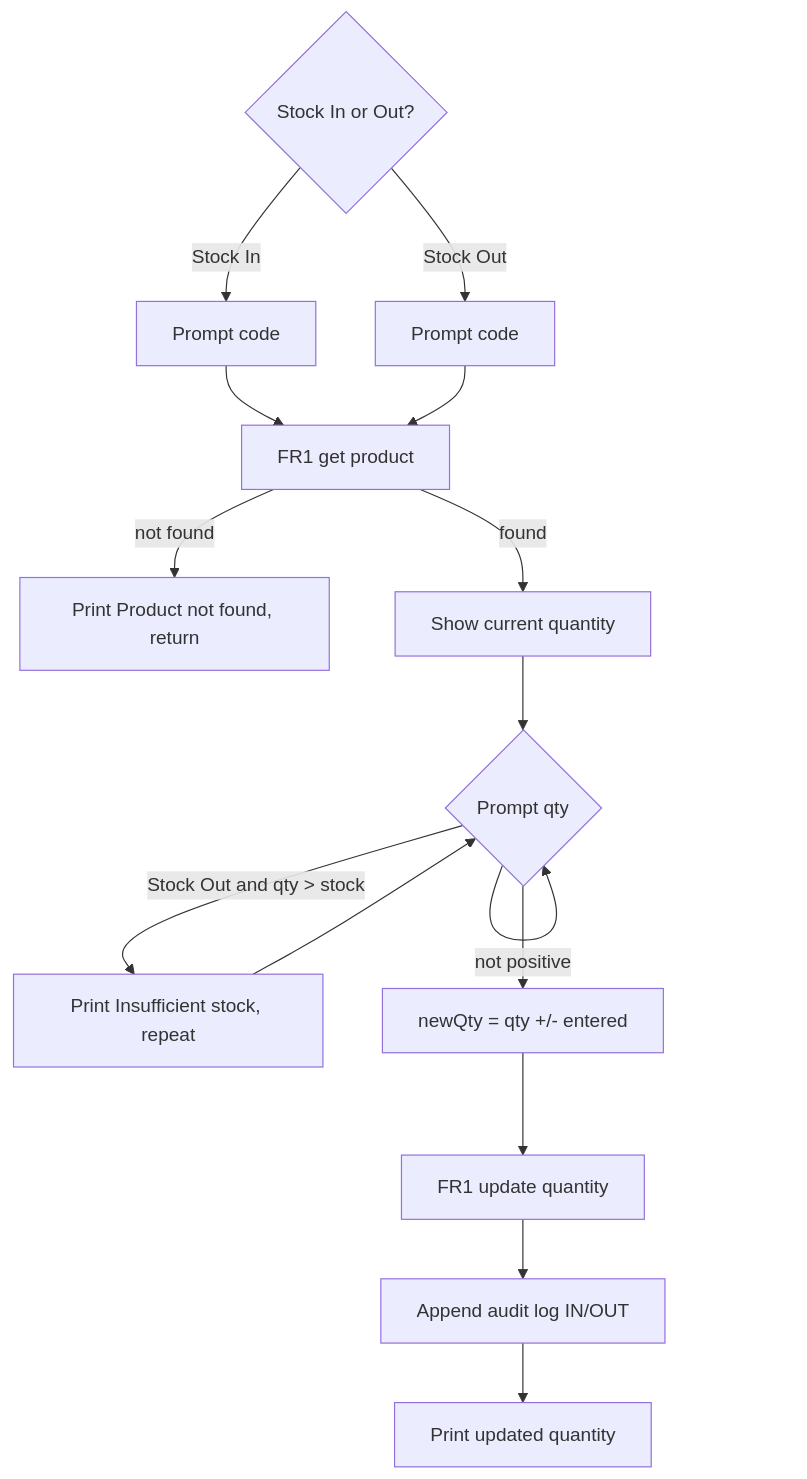
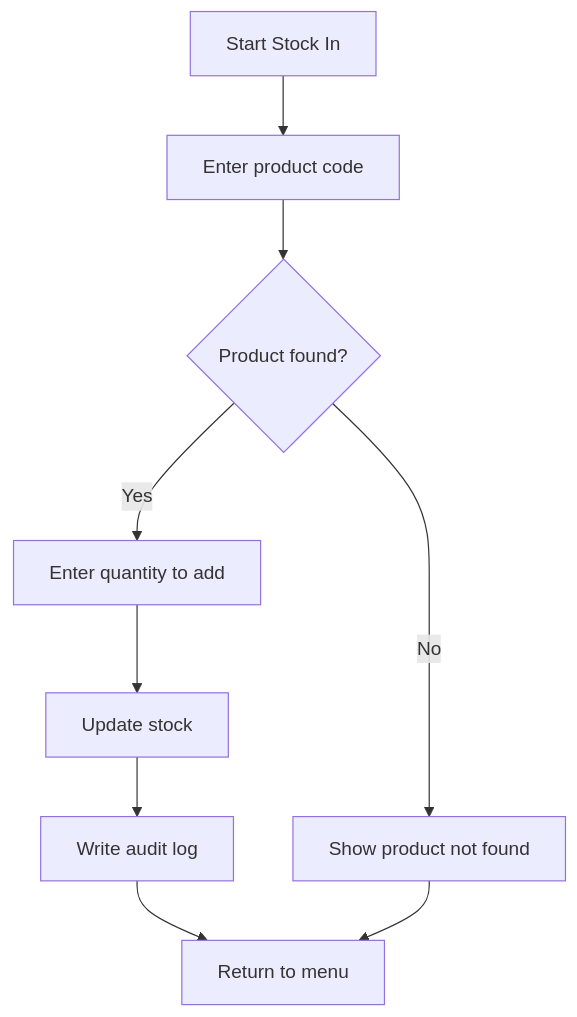
The third of 7 diagrams in docs/feature.md (PrakDararith22/inventory-camtech), drawn with Mermaid before and after one commit. The commit also changed other lines of this file, not shown here.

Commit message:
Fixing: flowchart

````diff
--- a/docs/feature.md
+++ b/docs/feature.md
@@ -500,17 +484,11 @@
 ```mermaid
 flowchart TD
-    A{Stock In or Out?} -->|Stock In| B[Prompt code]
-    A -->|Stock Out| C[Prompt code]
-    B --> D[FR1 get product]
-    C --> D
-    D -->|not found| Z[Print Product not found, return]
-    D -->|found| E[Show current quantity]
-    E --> F{Prompt qty}
-    F -->|not positive| F
-    F -->|Stock Out and qty > stock| G[Print Insufficient stock, repeat]
-    G --> F
-    F --> H[newQty = qty +/- entered]
-    H --> I[FR1 update quantity]
-    I --> J[Append audit log IN/OUT]
-    J --> K[Print updated quantity]
+    A["Start Stock In"] --> B["Enter product code"]
+    B --> C{"Product found?"}
+    C -->|No| D["Show product not found"]
+    C -->|Yes| E["Enter quantity to add"]
+    E --> F["Update stock"]
+    F --> G["Write audit log"]
+    G --> H["Return to menu"]
+    D --> H
 ```
````
